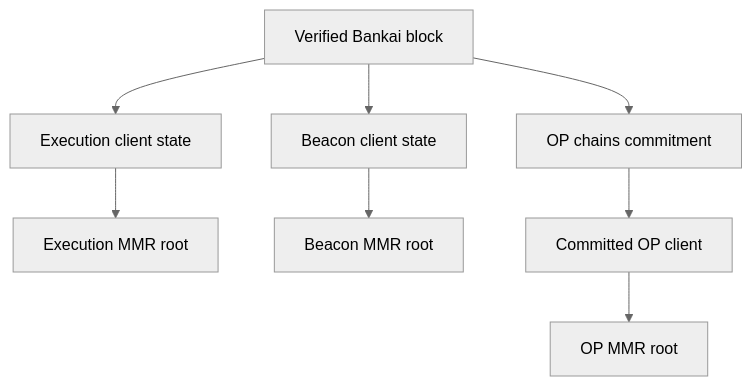
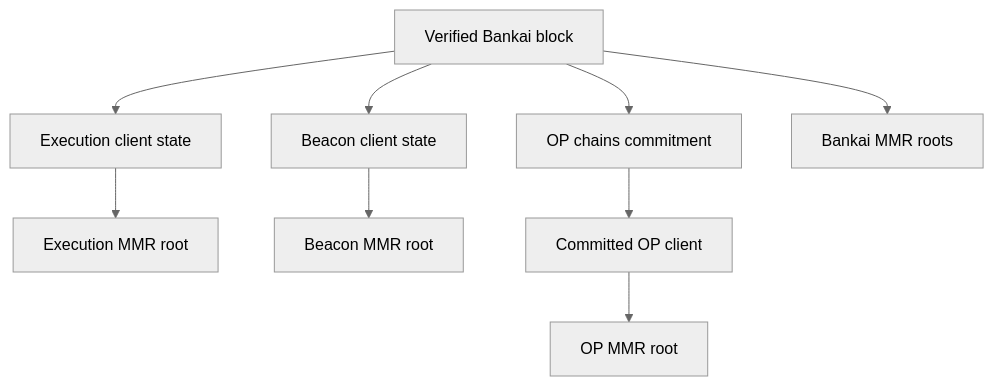
The diagram in docs/concepts-bankai-blocks.md (bankaixyz/bankai-sdk), drawn with Mermaid (neutral theme) before and after one commit. The commit also changed 3 other files, not shown here.

````diff
--- a/docs/concepts-bankai-blocks.md
+++ b/docs/concepts-bankai-blocks.md
@@ -9,10 +9,11 @@
 ```mermaid
 flowchart TD
   A["Verified Bankai block"] --> B["Beacon client state"]
   A --> C["Execution client state"]
   A --> D["OP chains commitment"]
+  A --> I["Bankai MMR roots"]
   C --> E["Execution MMR root"]
   B --> F["Beacon MMR root"]
   D --> G["Committed OP client"]
   G --> H["OP MMR root"]
 ```
````
